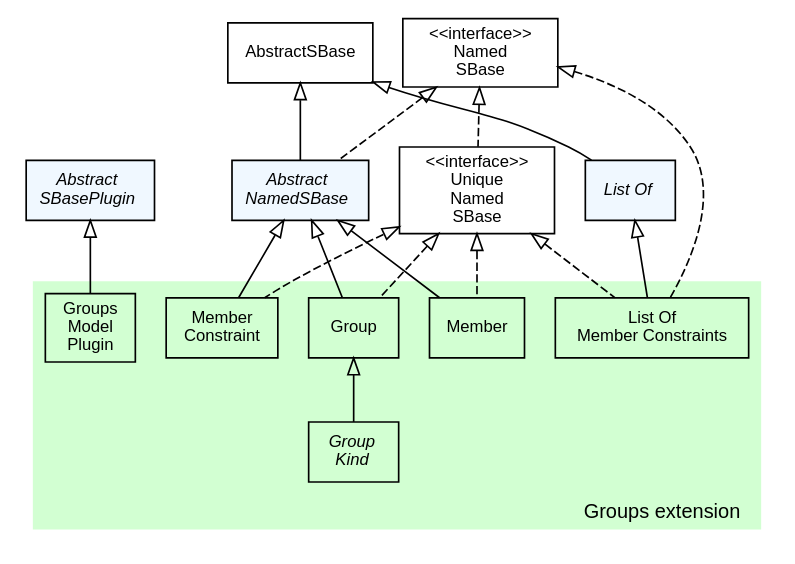
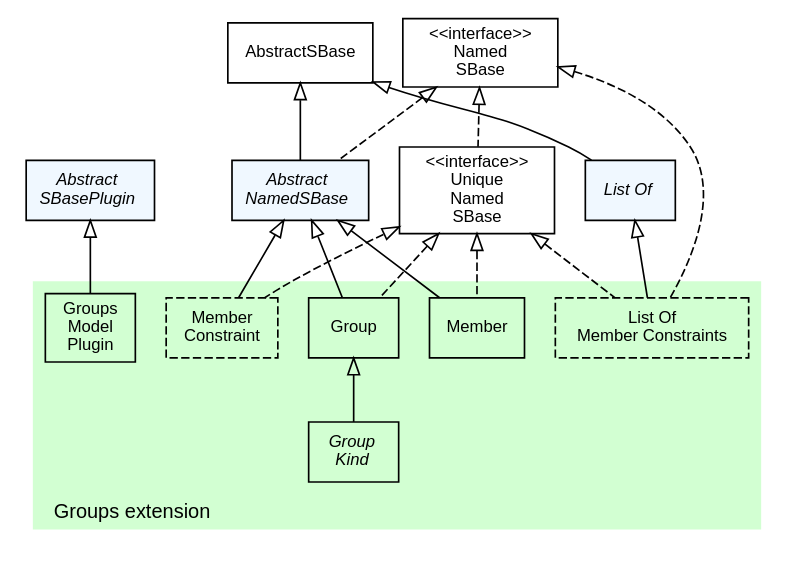
The diagram in extensions/groups/doc/img/type_hierarchy.dot (sbmlteam/jsbml), drawn with Graphviz before and after one commit. The commit also changed 28 other files, not shown here.

Commit message:
Improved and corrected several type hierarchy graphs and also fixed a few compile warnings in the multi package. The type hierarchy graph for multi has also been created now.

```diff
--- a/extensions/groups/doc/img/type_hierarchy.dot
+++ b/extensions/groups/doc/img/type_hierarchy.dot
@@ -1,90 +1,90 @@
 #!/usr/local/bin/dot
 #
 # dot -Tpdf type_hierarchy.dot -otype_hierarchy.pdf && acroread type_hierarchy.pdf &
 # dot -Tpng type_hierarchy.dot -otype_hierarchy.png
 #
 # $Id$
 # $URL$
 # $Rev$
 /*
  * Overview of the groups extension type hierarchy
  */
 
 strict digraph G{
 
 	 nodesep=0.25;
 	 ranksep=0.5;
 
 	 edge [
 	   fontname="Helvetica",
 	   fontsize=10,
 	   labelfontname="Helvetica",
 	   labelfontsize=10
 	 ];
 	 node [
 	   fontname="Helvetica",
 	   fontsize=10,
 	   shape=box
 	 ];
 	 
 	 /*
    * Abstract data types
    */
   AbstractNamedSBase                       [label=<<font face="Helvetica-Oblique">Abstract<br/>NamedSBase</font>>, style="filled", fillcolor="#F0F8FF"];
   AbstractSBasePlugin                      [label=<<font face="Helvetica-Oblique">Abstract<br/>SBasePlugin</font>>, style="filled", fillcolor="#F0F8FF"];
   ListOf			                       [label=<<font face="Helvetica-Oblique">List Of</font>>, style="filled", fillcolor="#F0F8FF"];
   
   UniqueNamedSBase                         [label="<<interface>>\nUnique\nNamed\nSBase"];
   NamedSBase                         	   [label="<<interface>>\nNamed\nSBase"];
   
   /*********************
    * Inheritance graph *
    *********************/
   
   AbstractSBase              -> AbstractNamedSBase         [dir=back,arrowtail=empty];
   
    
   subgraph clusterGroups {
     fontname="Helvetica";
     fontsize=12;
     style="filled";
     fillcolor="#d2ffd2"
     color="#ffffff"
     label="Groups extension";
     labelloc=b;
-    labeljust=r;
+    labeljust=l;
 
     // Interfaces
 
     // Enums
     GroupKind                   [label=<<font face="Helvetica-Oblique">Group<br/>Kind</font>>];
     
     // Objects
     Group                                  [label="Group"];
     GroupsModelPlugin                      [label="Groups\nModel\nPlugin"];
-    MemberConstraint                       [label="Member\nConstraint"];
+    MemberConstraint                       [label="Member\nConstraint",style=dashed];
     Member                                 [label="Member"];
-    ListOfMemberConstraints                [label="List Of\nMember Constraints"];
+    ListOfMemberConstraints                [label="List Of\nMember Constraints",style=dashed];
 
     Group -> GroupKind	                   [dir=back,arrowtail=empty];
    }
    
    /*********************
     * Inheritance graph *
     *********************/
 
    AbstractSBase       -> ListOf                  [dir=back,arrowtail=empty];   
    AbstractNamedSBase  -> Group                   [dir=back,arrowtail=empty];
    AbstractNamedSBase  -> MemberConstraint        [dir=back,arrowtail=empty];
    AbstractNamedSBase  -> Member                  [dir=back,arrowtail=empty];
    AbstractSBasePlugin -> GroupsModelPlugin       [dir=back,arrowtail=empty];
    UniqueNamedSBase    -> Group                   [dir=back,style=dashed,arrowtail=empty];
    UniqueNamedSBase    -> ListOfMemberConstraints [dir=back,style=dashed,arrowtail=empty];
    NamedSBase          -> AbstractNamedSBase      [dir=back,style=dashed,arrowtail=empty];
    NamedSBase          -> ListOfMemberConstraints [dir=back,style=dashed,arrowtail=empty];
    NamedSBase          -> UniqueNamedSBase        [dir=back,style=dashed,arrowtail=empty];
    ListOf              -> ListOfMemberConstraints [dir=back,arrowtail=empty];
    UniqueNamedSBase    -> Member                  [dir=back,style=dashed,arrowtail=empty];
    UniqueNamedSBase    -> MemberConstraint        [dir=back,style=dashed,arrowtail=empty];
 
 }
```
